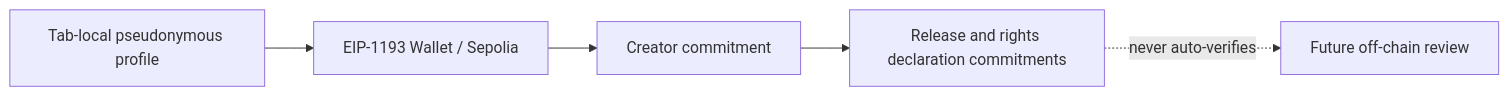
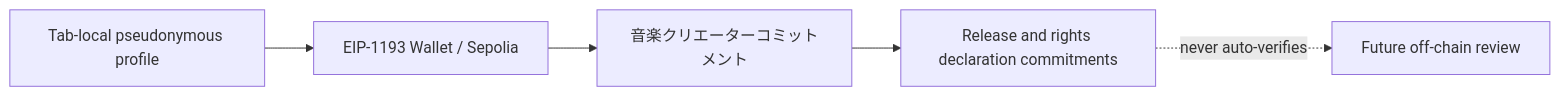
The diagram in docs/adr/ADR-0015-public-testnet-creator-journey.md (ShigeichiroYamasaki/creator-first-platform), drawn with Mermaid before and after one commit. The commit also changed other lines of this file and 67 other files, not shown here.

````diff
--- a/docs/adr/ADR-0015-public-testnet-creator-journey.md
+++ b/docs/adr/ADR-0015-public-testnet-creator-journey.md
@@ -24,11 +24,11 @@
 ```mermaid
 flowchart LR
     PROFILE[Tab-local pseudonymous profile]
     WALLET[EIP-1193 Wallet / Sepolia]
-    CREATOR[Creator commitment]
+    CREATOR[音楽クリエーターコミットメント]
     RELEASE[Release and rights declaration commitments]
     REVIEW[Future off-chain review]
 
     PROFILE --> WALLET --> CREATOR --> RELEASE
     RELEASE -. never auto-verifies .-> REVIEW
 ```
````
